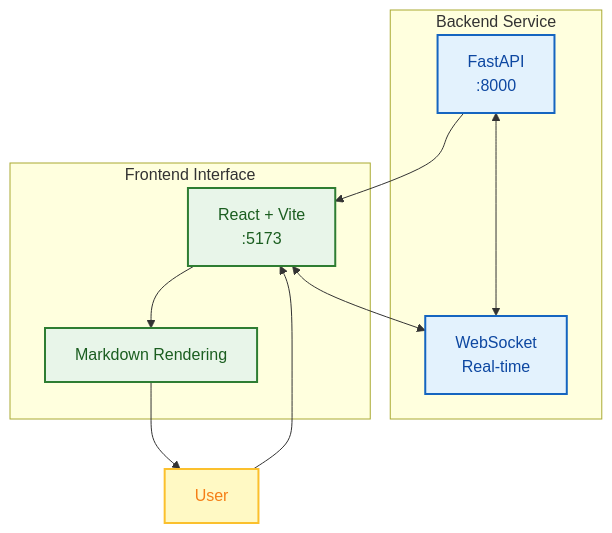
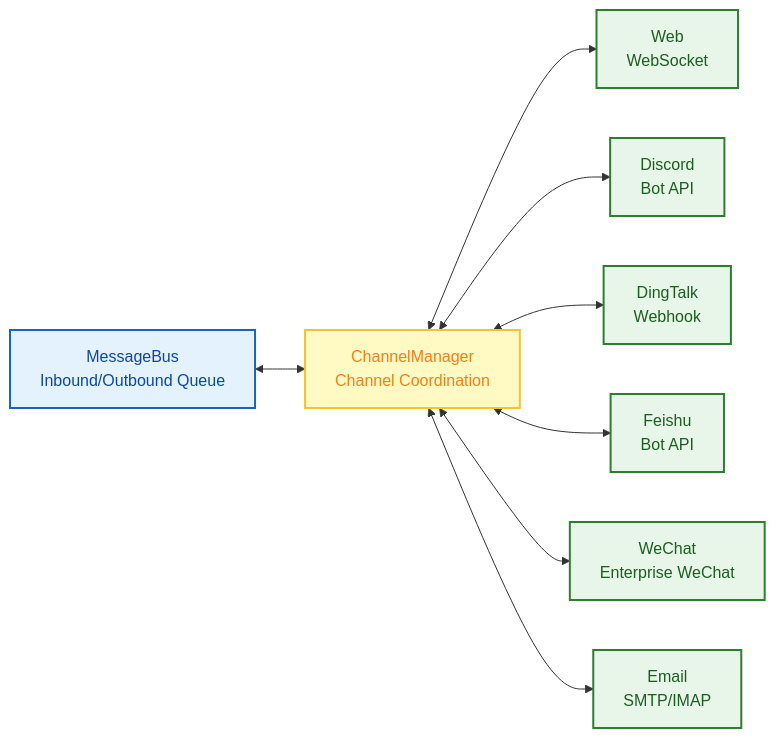
One commit to xt765/FinchBot changed the eighth of 8 diagrams in docs/en-US/blog/finchbot-flexible-ai-agent-framework.md. Above: the diagram before and after it, drawn with Mermaid. The commit also changed other lines of this file, not shown here.

````diff
--- a/docs/en-US/blog/finchbot-flexible-ai-agent-framework.md
+++ b/docs/en-US/blog/finchbot-flexible-ai-agent-framework.md
@@ -468,24 +547,19 @@
 ```mermaid
-flowchart TB
-    classDef backend fill:#e3f2fd,stroke:#1565c0,stroke-width:2px,color:#0d47a1;
-    classDef frontend fill:#e8f5e9,stroke:#2e7d32,stroke-width:2px,color:#1b5e20;
-    classDef user fill:#fff9c4,stroke:#fbc02d,stroke-width:2px,color:#f57f17;
+flowchart LR
+    classDef bus fill:#e3f2fd,stroke:#1565c0,stroke-width:2px,color:#0d47a1;
+    classDef manager fill:#fff9c4,stroke:#fbc02d,stroke-width:2px,color:#f57f17;
+    classDef channel fill:#e8f5e9,stroke:#2e7d32,stroke-width:2px,color:#1b5e20;
 
-    subgraph Backend [Backend Service]
-        API[FastAPI<br/>:8000]:::backend
-        WS[WebSocket<br/>Real-time]:::backend
-    end
+    Bus[MessageBus<br/>Inbound/Outbound Queue]:::bus
+    CM[ChannelManager<br/>Channel Coordination]:::manager
 
-    subgraph Frontend [Frontend Interface]
-        React[React + Vite<br/>:5173]:::frontend
-        MD[Markdown Rendering]:::frontend
-    end
+    Web[Web<br/>WebSocket]:::channel
+    Discord[Discord<br/>Bot API]:::channel
+    DingTalk[DingTalk<br/>Webhook]:::channel
+    Feishu[Feishu<br/>Bot API]:::channel
+    WeChat[WeChat<br/>Enterprise WeChat]:::channel
+    Email[Email<br/>SMTP/IMAP]:::channel
 
-    U[User]:::user --> React
-    React <--> WS
-    WS <--> API
-
-    API --> React
-    React --> MD
-    MD --> U
+    Bus <--> CM
+    CM <--> Web & Discord & DingTalk & Feishu & WeChat & Email
 ```
````
